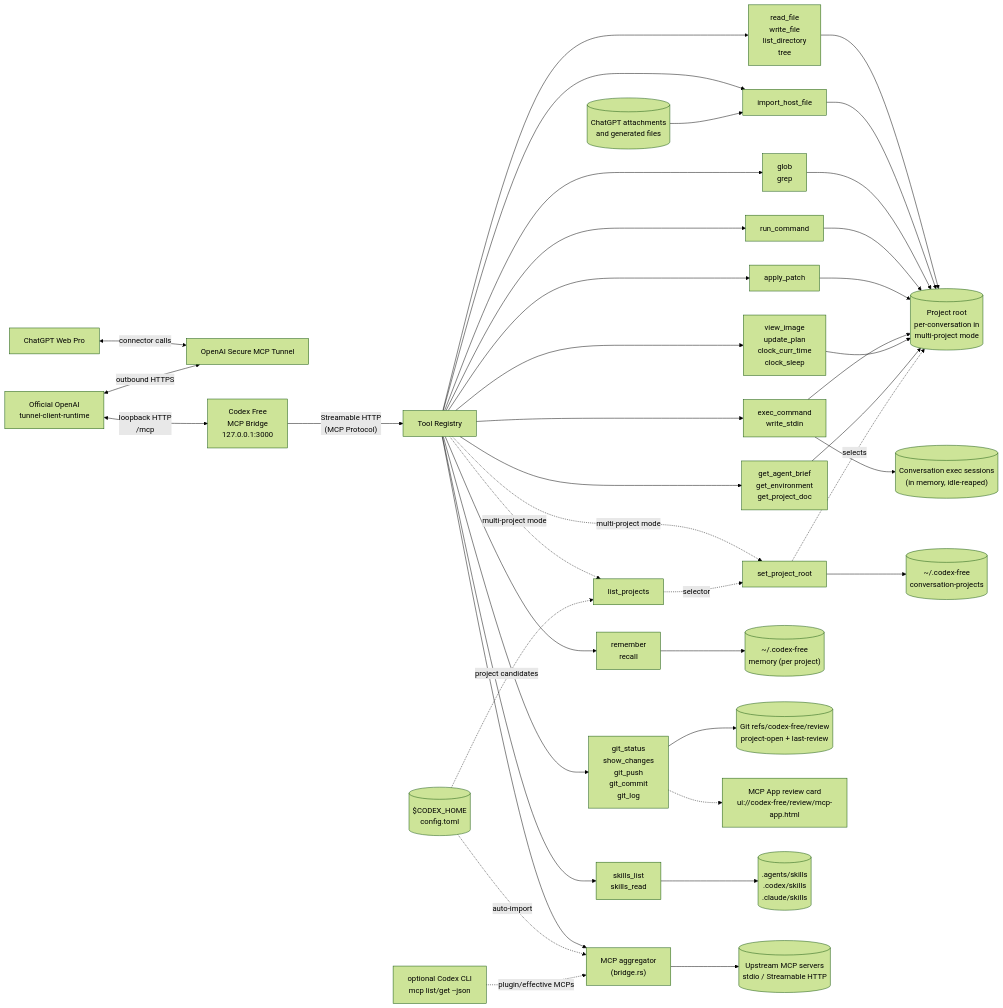
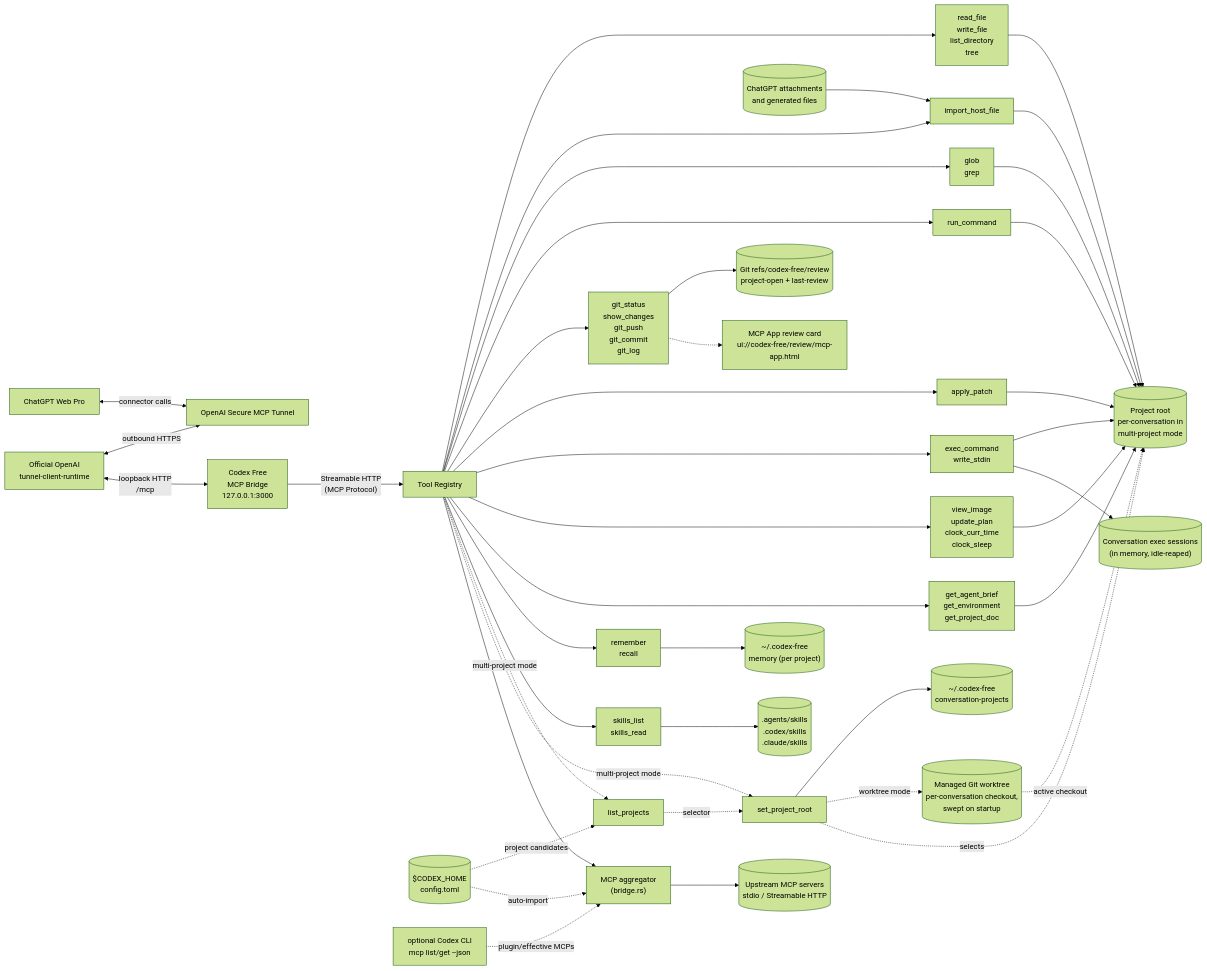
The diagram in README.md (devnoname120/codex-free), drawn with Mermaid (forest theme) before and after one commit. The commit also changed other lines of this file, not shown here.

Commit message:
docs(readme): add managed-worktree node to the architecture diagram
The v1.3.0 worktree isolation (#11) added a per-conversation managed Git
checkout that becomes the active project root in worktree mode; the
architecture flowchart did not show it. Add the Worktree artifact and its
conditional set_project_root edges, and note worktree mode in the caption.

````diff
--- a/README.md
+++ b/README.md
@@ -15,76 +15,79 @@
 ```mermaid
 flowchart LR
     ChatGPT["ChatGPT Web Pro"]
     OpenAITunnel["OpenAI Secure MCP Tunnel"]
     TunnelClient["Official OpenAI\ntunnel-client-runtime"]
     Server["Codex Free\nMCP Bridge\n127.0.0.1:3000"]
     Tools["Tool Registry"]
 
     FS["read_file\nwrite_file\nlist_directory\ntree"]
     Ingress["import_host_file"]
     Search["glob\ngrep"]
     Shell["run_command"]
     Git["git_status\nshow_changes\ngit_push\ngit_commit\ngit_log"]
     Edit["apply_patch"]
     Exec["exec_command\nwrite_stdin"]
     Agent["view_image\nupdate_plan\nclock_curr_time\nclock_sleep"]
     Env["get_agent_brief\nget_environment\nget_project_doc"]
     Mem["remember\nrecall"]
     Skills["skills_list\nskills_read"]
     ListProjects["list_projects"]
     SetRoot["set_project_root"]
     Bridge["MCP aggregator\n(bridge.rs)"]
     WorkDir[("Project root\nper-conversation in\nmulti-project mode")]
     HostFiles[("ChatGPT attachments\nand generated files")]
     State[("~/.codex-free\nmemory (per project)")]
     Bindings[("~/.codex-free\nconversation-projects")]
+    Worktree[("Managed Git worktree\nper-conversation checkout,\nswept on startup")]
     ExecSessions[("Conversation exec sessions\n(in memory, idle-reaped)")]
     ReviewRefs[("Git refs/codex-free/review\nproject-open + last-review")]
     ReviewUI["MCP App review card\nui://codex-free/review/mcp-app.html"]
     SkillDirs[(".agents/skills\n.codex/skills\n.claude/skills")]
     CodexCfg[("$CODEX_HOME\nconfig.toml")]
     CodexCli["optional Codex CLI\nmcp list/get --json"]
     Upstream[("Upstream MCP servers\nstdio / Streamable HTTP")]
 
     ChatGPT <-->|"connector calls"| OpenAITunnel
     TunnelClient <-->|"outbound HTTPS"| OpenAITunnel
     TunnelClient <-->|"loopback HTTP\n/mcp"| Server
     Server -- "Streamable HTTP\n(MCP Protocol)" --> Tools
 
     Tools --> FS
     Tools --> Ingress
     Tools --> Search
     Tools --> Shell
     Tools --> Git
     Tools --> Edit
     Tools --> Exec
     Tools --> Agent
     Tools --> Env
     Tools --> Mem
     Tools --> Skills
     Tools -.->|"multi-project mode"| ListProjects
     Tools -.->|"multi-project mode"| SetRoot
     Tools --> Bridge
 
     FS --> WorkDir
     HostFiles --> Ingress
     Ingress --> WorkDir
     Search --> WorkDir
     Shell --> WorkDir
     Edit --> WorkDir
     Exec --> WorkDir
     Agent --> WorkDir
     Env --> WorkDir
     Mem --> State
     Skills --> SkillDirs
     ListProjects -.->|"selector"| SetRoot
     SetRoot --> Bindings
+    SetRoot -.->|"worktree mode"| Worktree
+    Worktree -.->|"active checkout"| WorkDir
     Exec --> ExecSessions
     Git --> ReviewRefs
     Git -.-> ReviewUI
     SetRoot -.->|"selects"| WorkDir
     CodexCfg -.->|"project candidates"| ListProjects
     CodexCfg -.->|"auto-import"| Bridge
     CodexCli -.->|"plugin/effective MCPs"| Bridge
     Bridge --> Upstream
 ```
````
